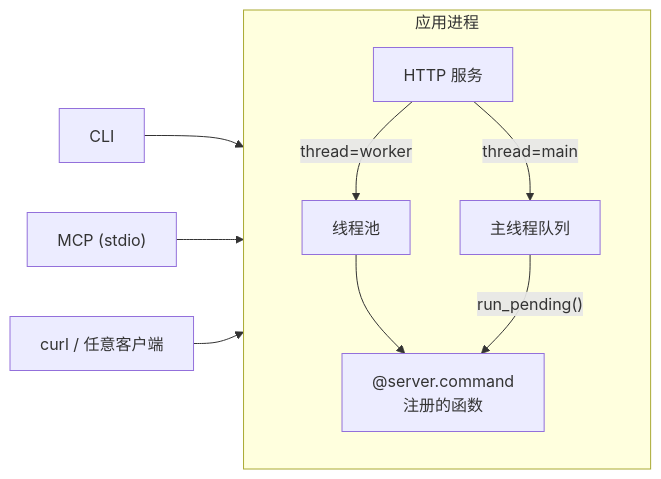
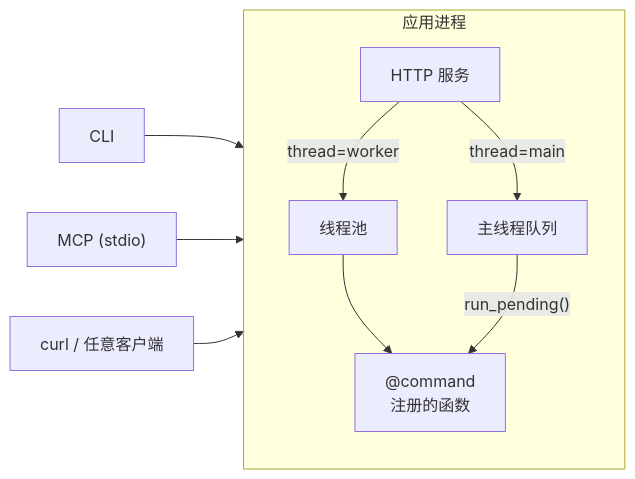
One commit to ewoaoo/agentize-bridge changed the diagram in docs/README.md. Above: the diagram before and after it, drawn with Mermaid. The commit also changed other lines of this file and 13 other files, not shown here.

Commit message:
refactor: 解耦命令声明与 server，改用模块级 @command + 全局池，启动时注入

````diff
--- a/docs/README.md
+++ b/docs/README.md
@@ -15,15 +15,15 @@
 ```mermaid
 flowchart LR
     subgraph app["应用进程"]
         direction TB
         http["HTTP 服务"]
         pool["线程池"]
         queue["主线程队列"]
-        fn["@server.command<br/>注册的函数"]
+        fn["@command<br/>注册的函数"]
         http -- "thread=worker" --> pool --> fn
         http -- "thread=main" --> queue -- "run_pending()" --> fn
     end
     cli["CLI"] --> http
     mcp["MCP (stdio)"] --> http
     any["curl / 任意客户端"] --> http
 ```
````
